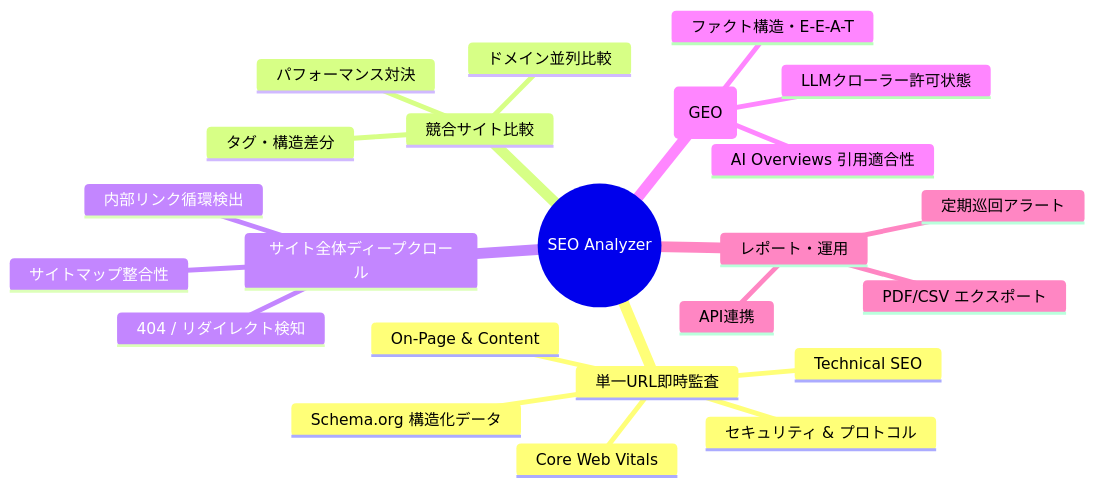
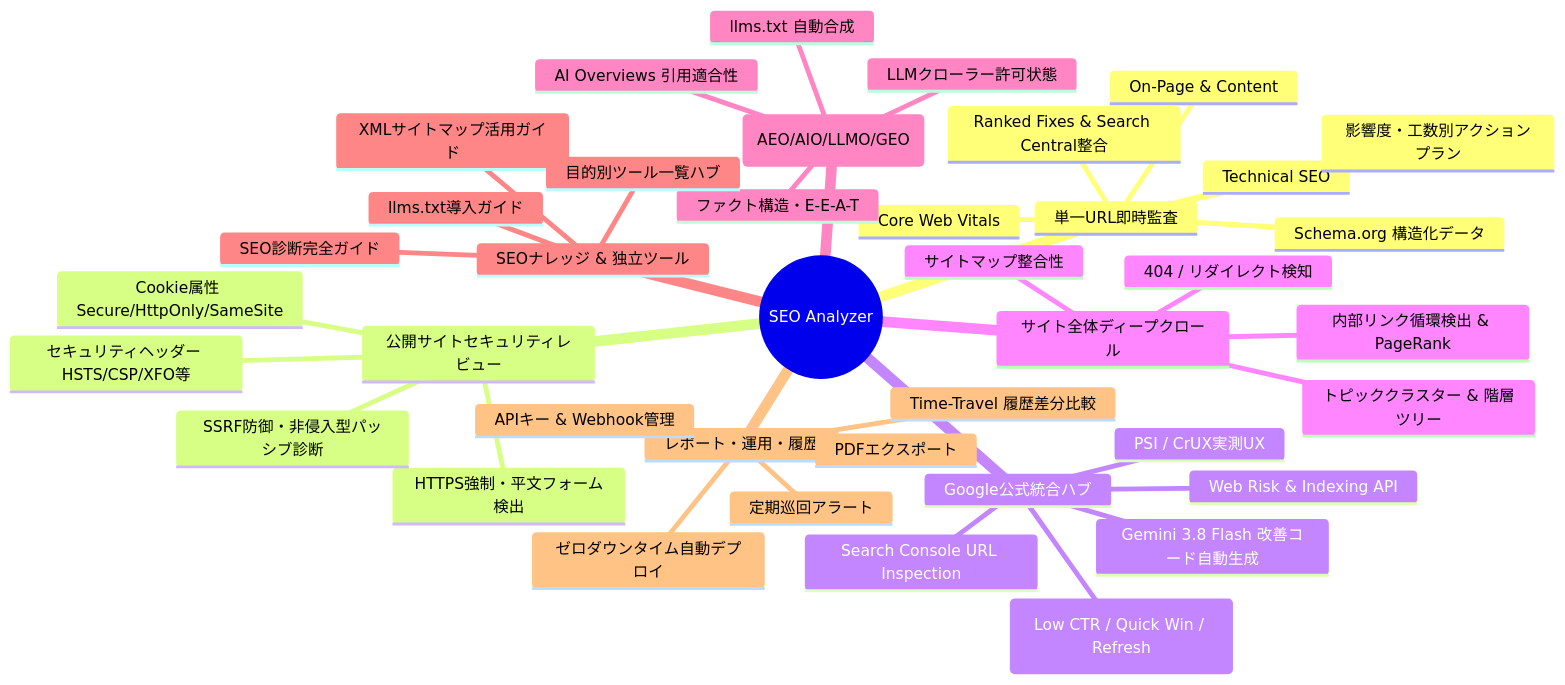
The diagram in docs/00_OVERVIEW.md (nntokyo/seo.n-n.tokyo), drawn with Mermaid before and after one commit. The commit also changed other lines of this file and 7 other files, not shown here.

````diff
--- a/docs/00_OVERVIEW.md
+++ b/docs/00_OVERVIEW.md
@@ -38,26 +38,43 @@
 ```mermaid
 mindmap
   root((SEO Analyzer))
     単一URL即時監査
       Technical SEO
       On-Page & Content
       Core Web Vitals
       Schema.org 構造化データ
-      セキュリティ & プロトコル
-    競合サイト比較
-      ドメイン並列比較
-      タグ・構造差分
-      パフォーマンス対決
+      影響度・工数別アクションプラン
+      Ranked Fixes & Search Central整合
+    公開サイトセキュリティレビュー
+      セキュリティヘッダー HSTS/CSP/XFO等
+      Cookie属性 Secure/HttpOnly/SameSite
+      HTTPS強制・平文フォーム検出
+      SSRF防御・非侵入型パッシブ診断
+    Google公式統合ハブ
+      PSI / CrUX実測UX
+      Search Console URL Inspection
+      Search Console SEO機会分析 (Low CTR / Quick Win / Refresh)
+      Web Risk & Indexing API
+      Gemini 3.8 Flash 改善コード自動生成
     サイト全体ディープクロール
-      内部リンク循環検出
+      内部リンク循環検出 & PageRank
       404 / リダイレクト検知
+      トピッククラスター & 階層ツリー
       サイトマップ整合性
-    次世代AI検索 (GEO)
+    次世代AI検索 (AEO/AIO/LLMO/GEO)
       AI Overviews 引用適合性
       ファクト構造・E-E-A-T
       LLMクローラー許可状態
-    レポート・運用
-      PDF/CSV エクスポート
+      llms.txt 自動合成
+    SEOナレッジ & 独立ツール
+      SEO診断完全ガイド
+      XMLサイトマップ活用ガイド
+      llms.txt導入ガイド
+      目的別ツール一覧ハブ
+    レポート・運用・履歴
+      PDFエクスポート
+      Time-Travel 履歴差分比較
       定期巡回アラート
-      API連携
+      APIキー & Webhook管理
+      ゼロダウンタイム自動デプロイ
 ```
````
